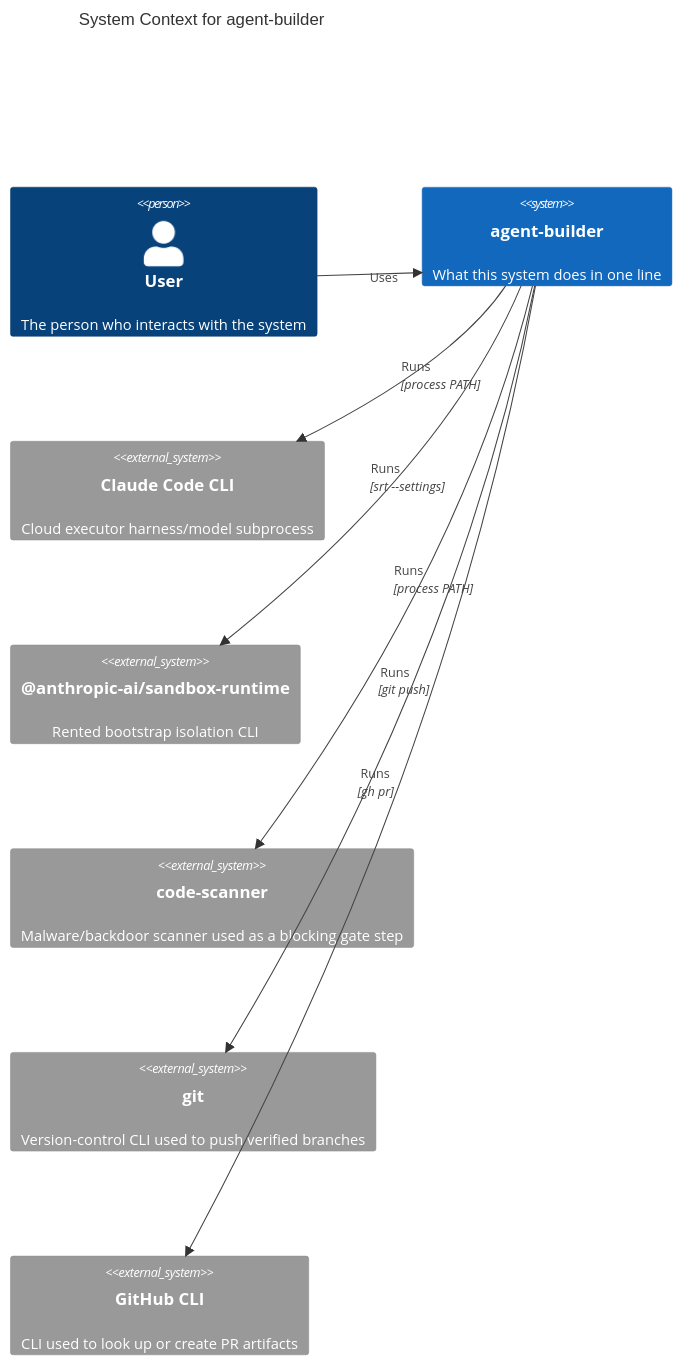
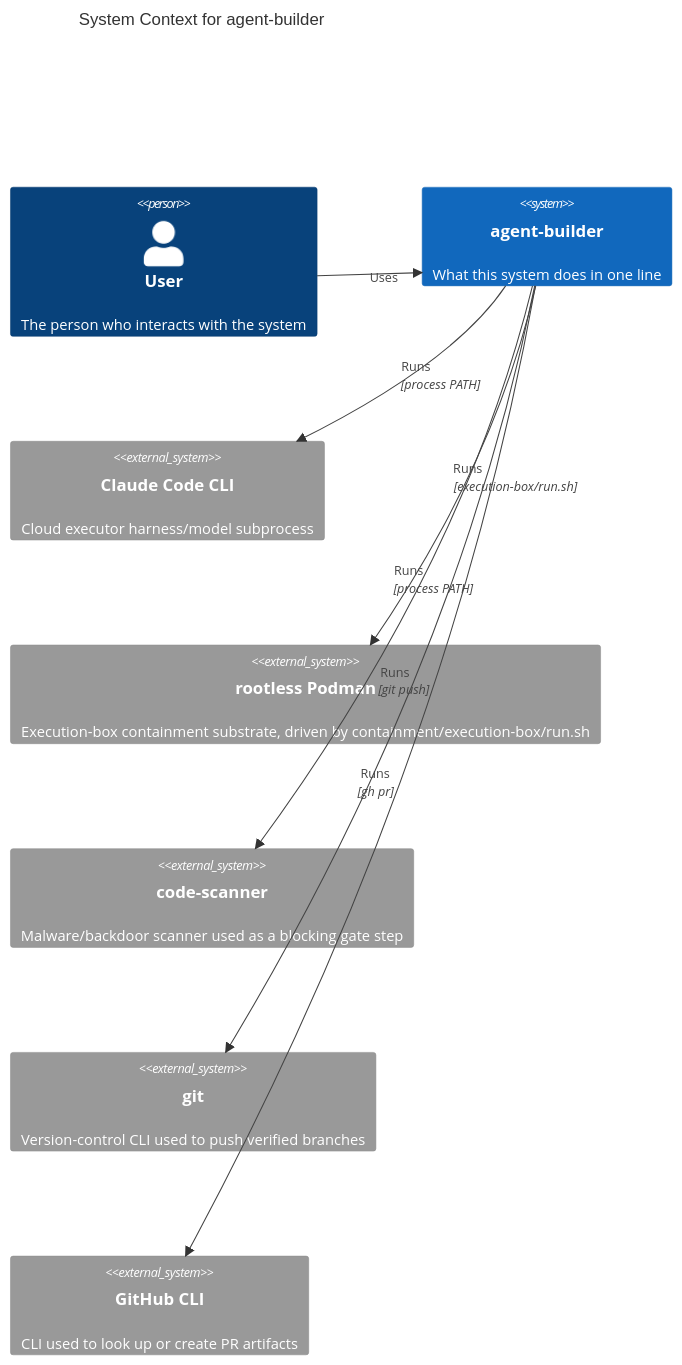
The first of 4 diagrams in docs/architecture/diagrams.md (tkdtaylor/agent-builder), drawn with Mermaid before and after one commit. The commit also changed other lines of this file and 2 other files, not shown here.

First line of the commit message:
docs: refresh diagrams + architecture catalog — run path is Podman, srt removed (ADR 021)

````diff
--- a/docs/architecture/diagrams.md
+++ b/docs/architecture/diagrams.md
@@ -20,19 +20,19 @@
 ```mermaid
 C4Context
     title System Context for agent-builder
 
     Person(user, "User", "The person who interacts with the system")
     System(system, "agent-builder", "What this system does in one line")
     System_Ext(claudeCLI, "Claude Code CLI", "Cloud executor harness/model subprocess")
-    System_Ext(sandboxRuntime, "@anthropic-ai/sandbox-runtime", "Rented bootstrap isolation CLI")
+    System_Ext(podman, "rootless Podman", "Execution-box containment substrate, driven by containment/execution-box/run.sh")
     System_Ext(codeScanner, "code-scanner", "Malware/backdoor scanner used as a blocking gate step")
     System_Ext(gitCLI, "git", "Version-control CLI used to push verified branches")
     System_Ext(ghCLI, "GitHub CLI", "CLI used to look up or create PR artifacts")
 
     Rel(user, system, "Uses")
     Rel(system, claudeCLI, "Runs", "process PATH")
-    Rel(system, sandboxRuntime, "Runs", "srt --settings")
+    Rel(system, podman, "Runs", "execution-box/run.sh")
     Rel(system, codeScanner, "Runs", "process PATH")
     Rel(system, gitCLI, "Runs", "git push")
     Rel(system, ghCLI, "Runs", "gh pr")
 ```
````
